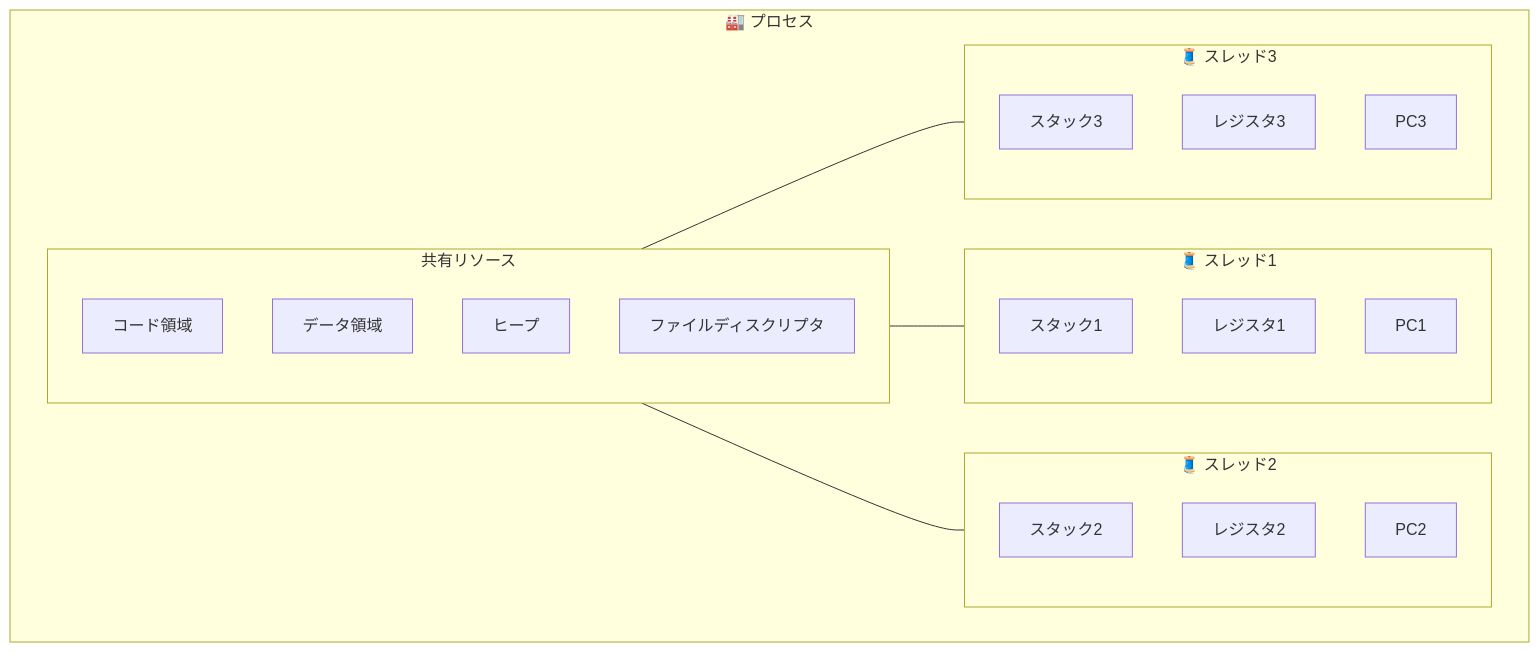
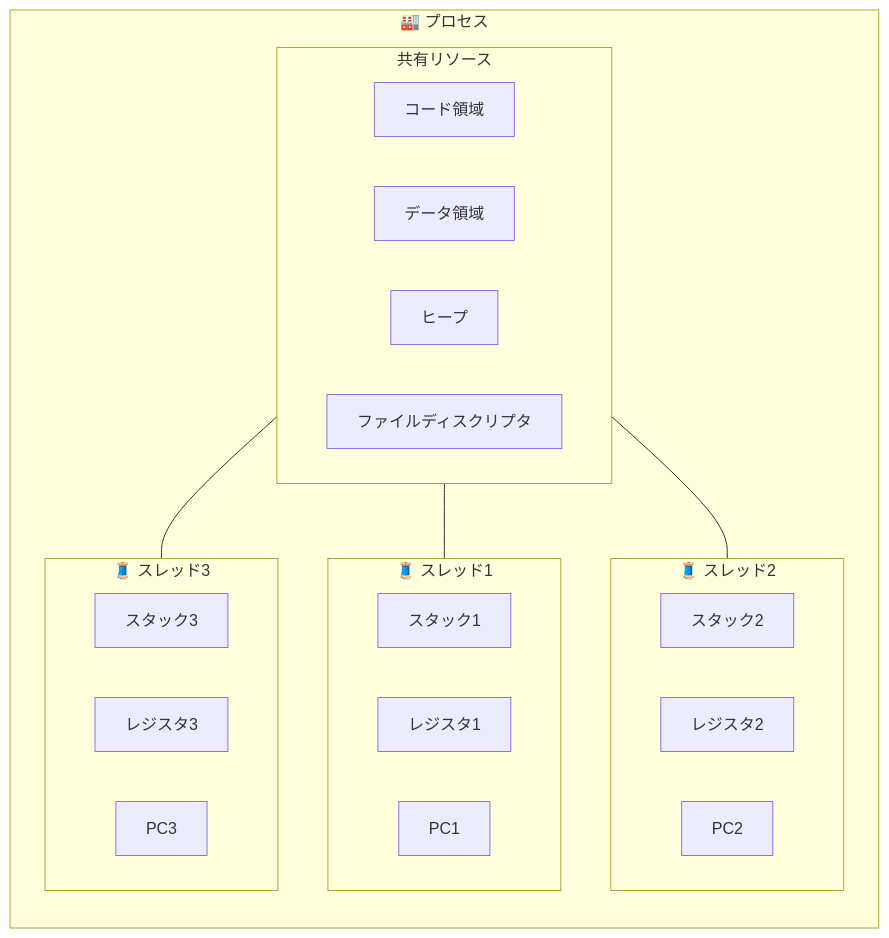
The sixth of 21 diagrams in chapters/02-process-thread.md (YUKIKEDA/asynchronous-processing-master-guide), drawn with Mermaid before and after one commit.

Commit message:
第2章: プロセスとスレッドのフローチャートを修正し、視覚的な表現を改善。フローチャートの方向をTBからLRに変更。

````diff
--- a/chapters/02-process-thread.md
+++ b/chapters/02-process-thread.md
@@ -211,33 +211,33 @@
 ```mermaid
-flowchart TB
+flowchart LR
     subgraph PROCESS["🏭 プロセス"]
         subgraph SHARED["共有リソース"]
             CODE["コード領域"]
             DATA["データ領域"]
             HEAP["ヒープ"]
             FILES["ファイルディスクリプタ"]
         end
         
         subgraph THREAD1["🧵 スレッド1"]
             STACK1["スタック1"]
             REG1["レジスタ1"]
             PC1["PC1"]
         end
         
         subgraph THREAD2["🧵 スレッド2"]
             STACK2["スタック2"]
             REG2["レジスタ2"]
             PC2["PC2"]
         end
         
         subgraph THREAD3["🧵 スレッド3"]
             STACK3["スタック3"]
             REG3["レジスタ3"]
             PC3["PC3"]
         end
     end
     
     SHARED --- THREAD1
     SHARED --- THREAD2
     SHARED --- THREAD3
 ```
````
